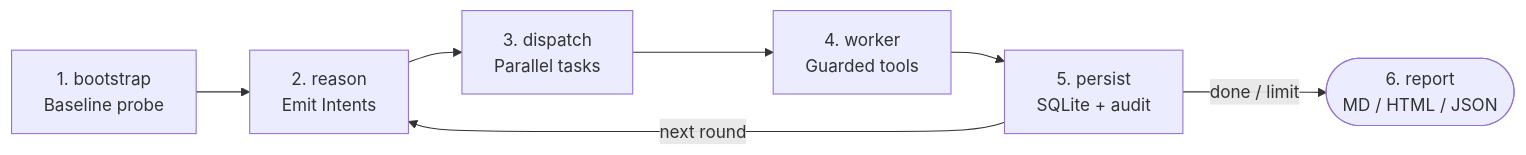
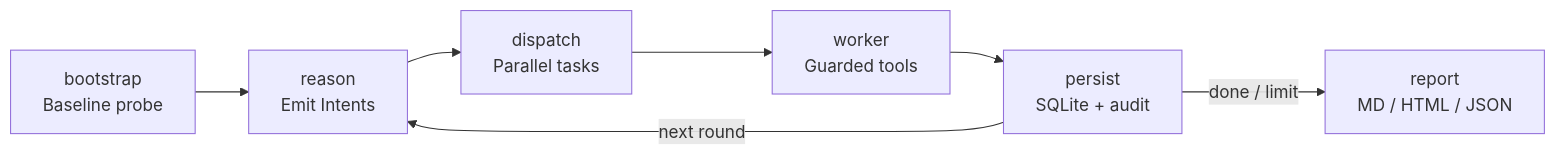
One commit to 01NGVI-QINGYI/ARIA-X changed the second of 2 diagrams in README.en.md. Above: the diagram before and after it, drawn with Mermaid. The commit also changed other lines of this file and 4 other files, not shown here.

Commit message:
docs(readme): remove unclosed center divs, fix Mermaid list labels, drop AppleDouble file

````diff
--- a/README.en.md
+++ b/README.en.md
@@ -137,16 +131,16 @@
 ```mermaid
 flowchart LR
-    BOOT["1. bootstrap<br/>Baseline probe"]
-    RSN["2. reason<br/>Emit Intents"]
-    DSP["3. dispatch<br/>Parallel tasks"]
-    WRK["4. worker<br/>Guarded tools"]
-    PST["5. persist<br/>SQLite + audit"]
-    RPT(["6. report<br/>MD / HTML / JSON"])
+    BOOT["bootstrap<br/>Baseline probe"]
+    RSN["reason<br/>Emit Intents"]
+    DSP["dispatch<br/>Parallel tasks"]
+    WRK["worker<br/>Guarded tools"]
+    PST["persist<br/>SQLite + audit"]
+    RPT["report<br/>MD / HTML / JSON"]
 
     BOOT --> RSN
     RSN --> DSP
     DSP --> WRK
     WRK --> PST
     PST -->|"next round"| RSN
     PST -->|"done / limit"| RPT
 ```
````
